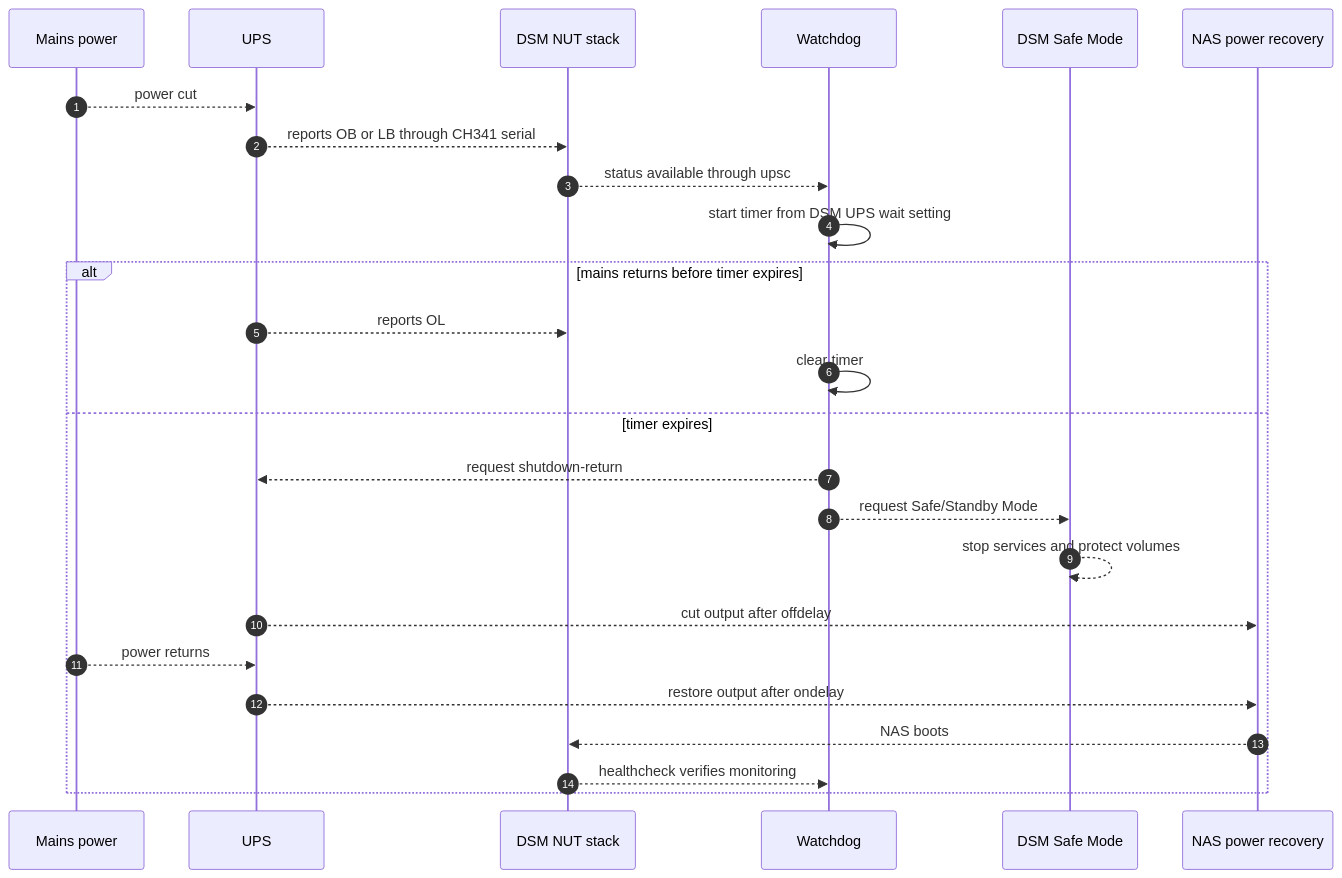
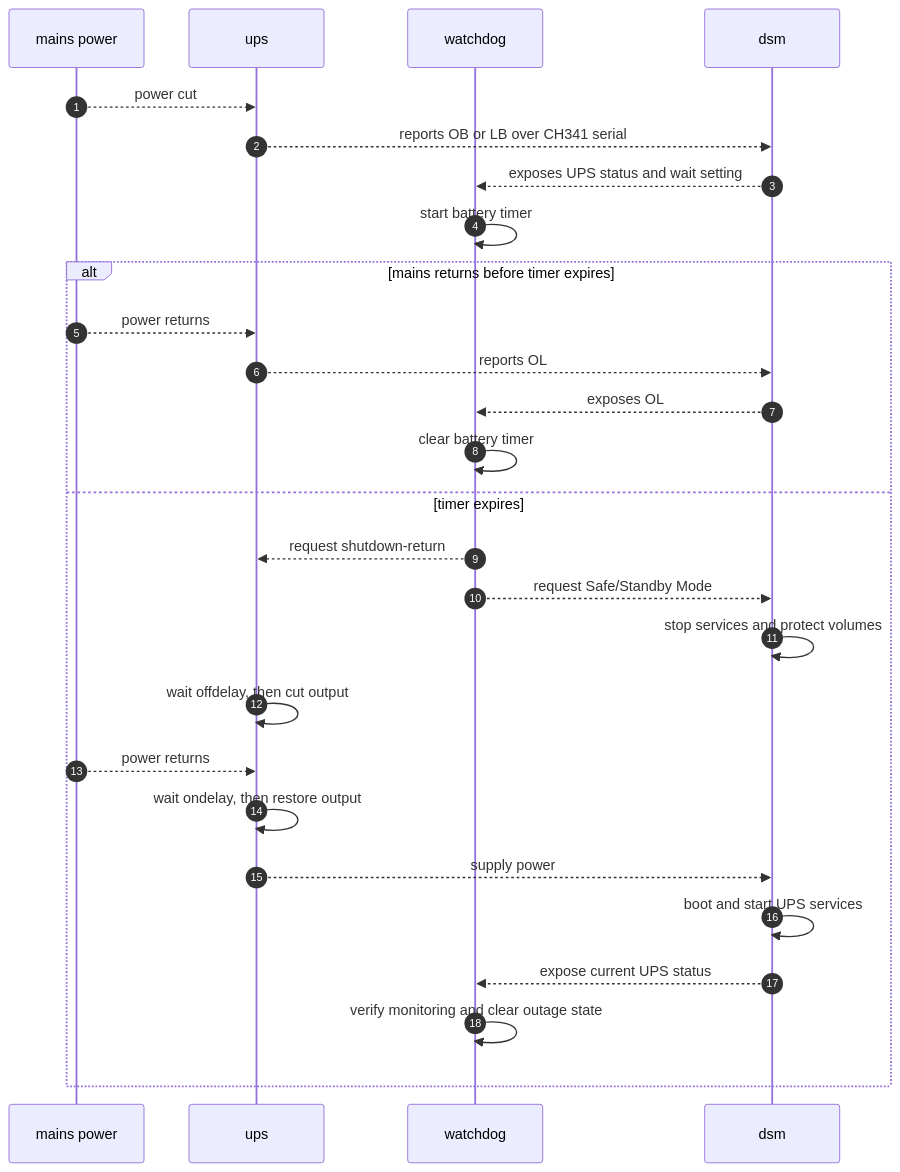
The first of 2 diagrams in README.md (papa-vova/synology-nut-ch341-ups), drawn with Mermaid before and after one commit. The commit also changed other lines of this file, not shown here.

Commit message:
Clarify README architecture

````diff
--- a/README.md
+++ b/README.md
@@ -146,28 +27,30 @@
 ```mermaid
 sequenceDiagram
   autonumber
-  participant M as Mains power
-  participant U as UPS
-  participant N as DSM NUT stack
-  participant W as Watchdog
-  participant S as DSM Safe Mode
-  participant P as NAS power recovery
+  participant M as mains power
+  participant U as ups
+  participant W as watchdog
+  participant D as dsm
 
   M-->>U: power cut
-  U-->>N: reports OB or LB through CH341 serial
-  N-->>W: status available through upsc
-  W->>W: start timer from DSM UPS wait setting
+  U-->>D: reports OB or LB over CH341 serial
+  D-->>W: exposes UPS status and wait setting
+  W->>W: start battery timer
   alt mains returns before timer expires
-    U-->>N: reports OL
-    W->>W: clear timer
+    M-->>U: power returns
+    U-->>D: reports OL
+    D-->>W: exposes OL
+    W->>W: clear battery timer
   else timer expires
     W-->>U: request shutdown-return
-    W-->>S: request Safe/Standby Mode
-    S-->>S: stop services and protect volumes
-    U-->>P: cut output after offdelay
+    W-->>D: request Safe/Standby Mode
+    D->>D: stop services and protect volumes
+    U->>U: wait offdelay, then cut output
     M-->>U: power returns
-    U-->>P: restore output after ondelay
-    P-->>N: NAS boots
-    N-->>W: healthcheck verifies monitoring
+    U->>U: wait ondelay, then restore output
+    U-->>D: supply power
+    D->>D: boot and start UPS services
+    D-->>W: expose current UPS status
+    W->>W: verify monitoring and clear outage state
   end
 ```
````
